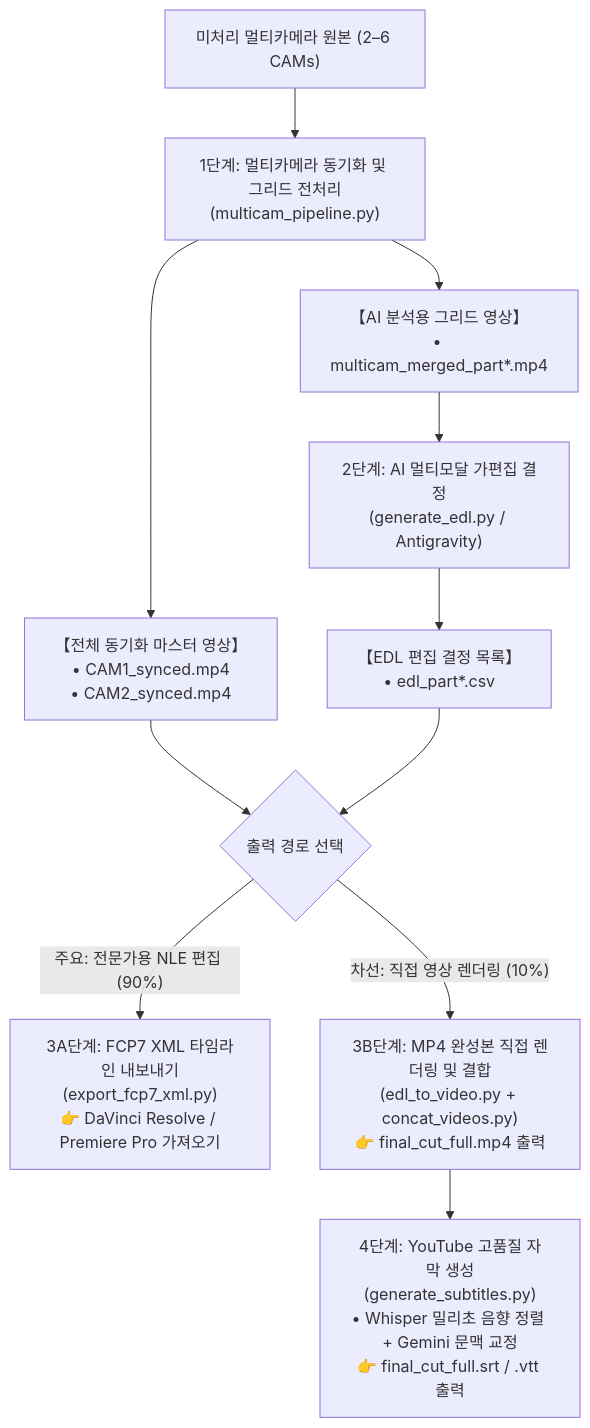
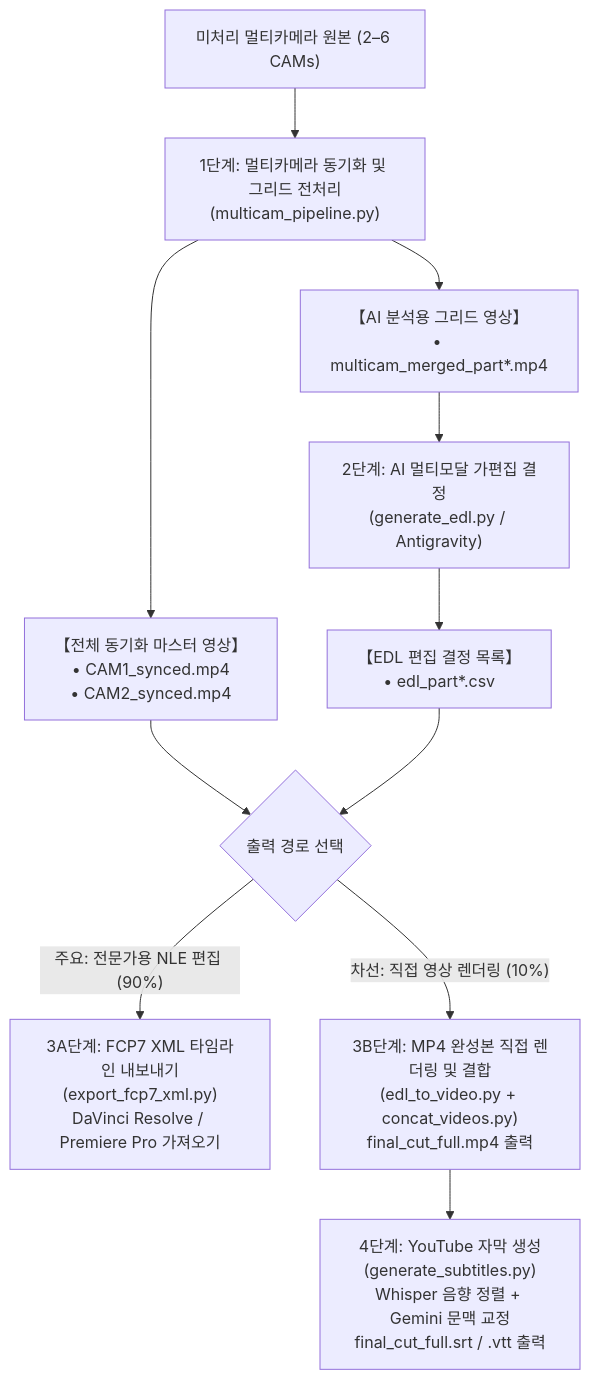
Before and after one commit to sylphlin/multicam-video-preprocessing: the diagram in README.ko.md, drawn with Mermaid. The commit also changed other lines of this file and 4 other files, not shown here.

````diff
--- a/README.ko.md
+++ b/README.ko.md
@@ -53,18 +53,18 @@
 ```mermaid
 flowchart TD
     A["미처리 멀티카메라 원본 (2–6 CAMs)"] --> B["1단계: 멀티카메라 동기화 및 그리드 전처리<br/>(multicam_pipeline.py)"]
     
     B --> C["【전체 동기화 마스터 영상】<br/>• CAM1_synced.mp4<br/>• CAM2_synced.mp4"]
     B --> D["【AI 분석용 그리드 영상】<br/>• multicam_merged_part*.mp4"]
     
     D --> E["2단계: AI 멀티모달 가편집 결정<br/>(generate_edl.py / Antigravity)"]
     E --> F["【EDL 편집 결정 목록】<br/>• edl_part*.csv"]
     
     C --> G{"출력 경로 선택"}
     F --> G
     
-    G -->|"주요: 전문가용 NLE 편집 (90%)"| H["3A단계: FCP7 XML 타임라인 내보내기<br/>(export_fcp7_xml.py)<br/>👉 DaVinci Resolve / Premiere Pro 가져오기"]
-    G -->|"차선: 직접 영상 렌더링 (10%)"| I["3B단계: MP4 완성본 직접 렌더링 및 결합<br/>(edl_to_video.py + concat_videos.py)<br/>👉 final_cut_full.mp4 출력"]
+    G -->|"주요: 전문가용 NLE 편집 (90%)"| H["3A단계: FCP7 XML 타임라인 내보내기<br/>(export_fcp7_xml.py)<br/>DaVinci Resolve / Premiere Pro 가져오기"]
+    G -->|"차선: 직접 영상 렌더링 (10%)"| I["3B단계: MP4 완성본 직접 렌더링 및 결합<br/>(edl_to_video.py + concat_videos.py)<br/>final_cut_full.mp4 출력"]
     
-    I --> J["4단계: YouTube 고품질 자막 생성<br/>(generate_subtitles.py)<br/>• Whisper 밀리초 음향 정렬 + Gemini 문맥 교정<br/>👉 final_cut_full.srt / .vtt 출력"]
+    I --> J["4단계: YouTube 자막 생성<br/>(generate_subtitles.py)<br/>Whisper 음향 정렬 + Gemini 문맥 교정<br/>final_cut_full.srt / .vtt 출력"]
 ```
````
